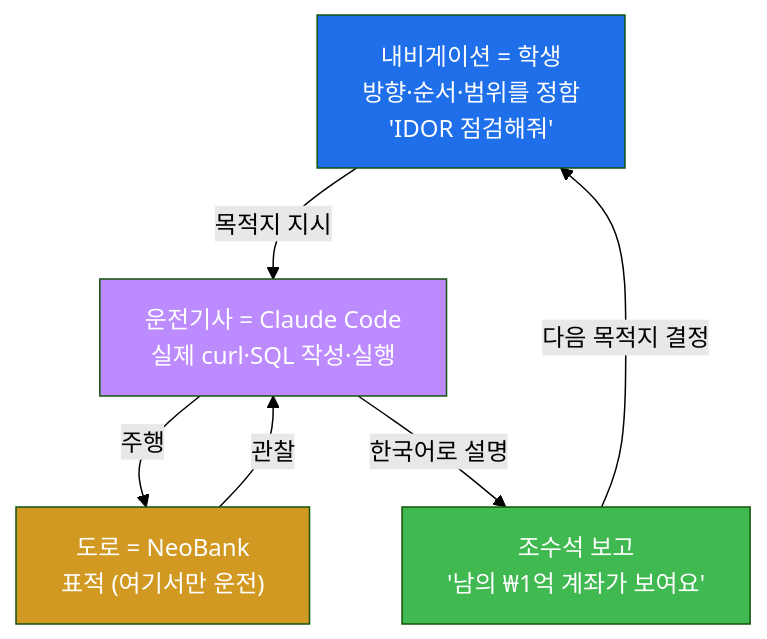
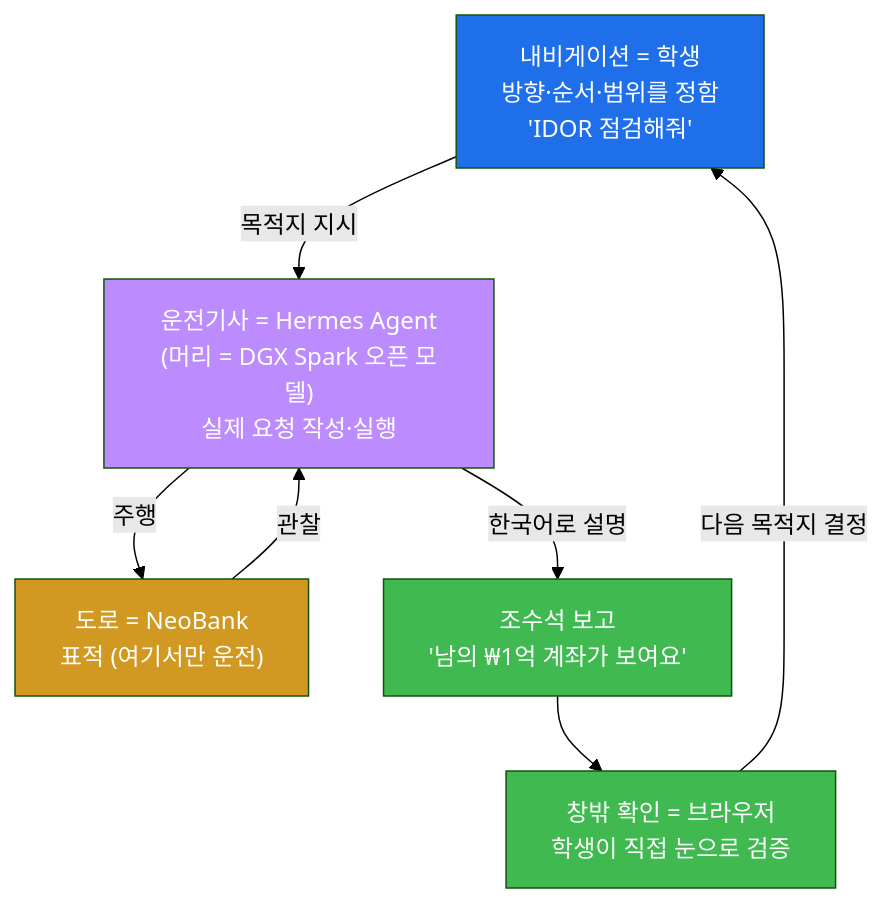
Before and after one commit to mrgrit/easy_web_hacking_class: the first of 6 diagrams in contents/training/lecture_week04.md, drawn with Mermaid (forest theme). The commit also changed other lines of this file and 68 other files, not shown here.

````diff
--- a/contents/training/lecture_week04.md
+++ b/contents/training/lecture_week04.md
@@ -104,16 +119,19 @@
 ```mermaid
 graph TD
     NAV["내비게이션 = 학생<br/>방향·순서·범위를 정함<br/>'IDOR 점검해줘'"]
-    DRV["운전기사 = Claude Code<br/>실제 curl·SQL 작성·실행"]
+    DRV["운전기사 = Hermes Agent<br/>(머리 = DGX Spark 오픈 모델)<br/>실제 요청 작성·실행"]
     ROAD["도로 = NeoBank<br/>표적 (여기서만 운전)"]
     BACK["조수석 보고<br/>'남의 ₩1억 계좌가 보여요'"]
+    EYE["창밖 확인 = 브라우저<br/>학생이 직접 눈으로 검증"]
     NAV -->|목적지 지시| DRV
     DRV -->|주행| ROAD
     ROAD -->|관찰| DRV
     DRV -->|한국어로 설명| BACK
-    BACK -->|다음 목적지 결정| NAV
+    BACK --> EYE
+    EYE -->|다음 목적지 결정| NAV
     style NAV fill:#1f6feb,color:#fff
     style DRV fill:#bc8cff,color:#fff
     style ROAD fill:#d29922,color:#fff
     style BACK fill:#3fb950,color:#fff
+    style EYE fill:#3fb950,color:#fff
 ```
````
